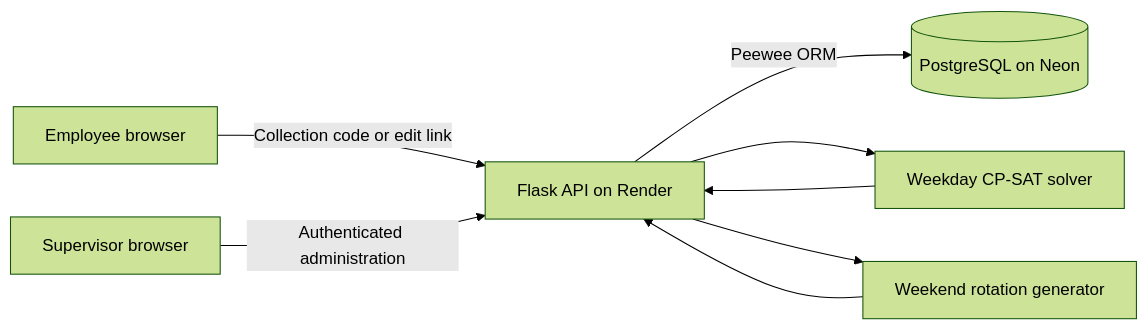
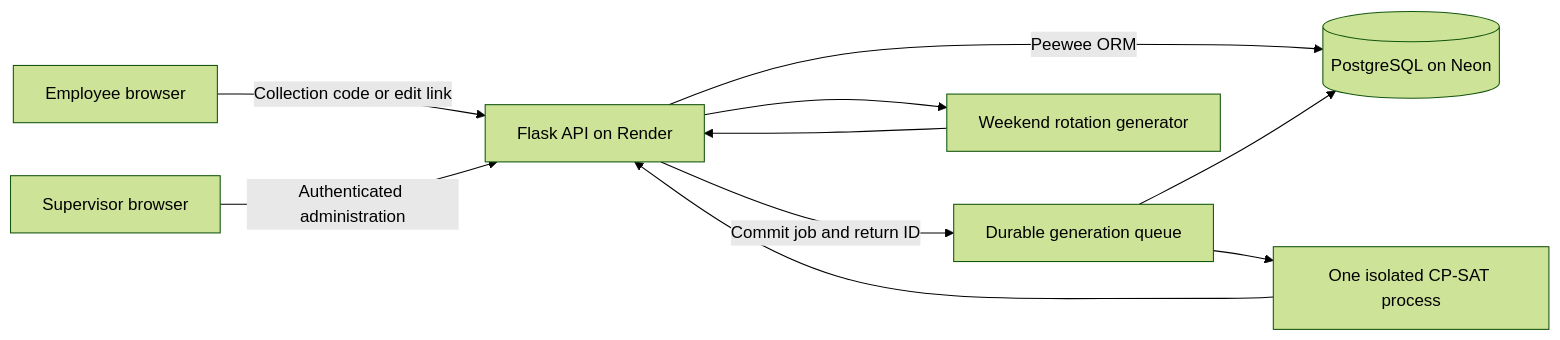
Before and after one commit to Jammezy/AV-Delivery-Schedule-App: the diagram in docs/ARCHITECTURE.md, drawn with Mermaid (forest theme). The commit also changed other lines of this file and 22 other files, not shown here.

Commit message:
Run durable schedule jobs without blocking health checks and preserve best fairness

````diff
--- a/docs/ARCHITECTURE.md
+++ b/docs/ARCHITECTURE.md
@@ -8,10 +8,12 @@
 ```mermaid
 flowchart LR
     Employee[Employee browser] -->|Collection code or edit link| API[Flask API on Render]
     Supervisor[Supervisor browser] -->|Authenticated administration| API
     API -->|Peewee ORM| DB[(PostgreSQL on Neon)]
-    API --> Weekday[Weekday CP-SAT solver]
+    API -->|Commit job and return ID| Jobs[Durable generation queue]
+    Jobs --> DB
+    Jobs --> Weekday[One isolated CP-SAT process]
     API --> Weekend[Weekend rotation generator]
     Weekday --> API
     Weekend --> API
 ```
````
